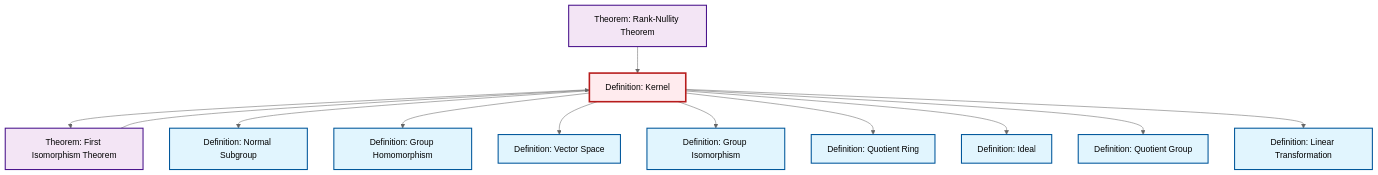
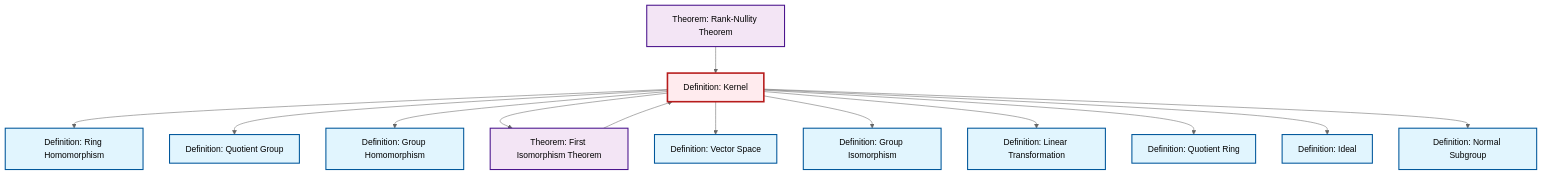
The diagram in content/en/algebra/def-kernel.qmd (RK0429/ModernMath), drawn with Mermaid (neutral theme) before and after one commit. The commit also changed other lines of this file and 619 other files, not shown here.

````diff
--- a/content/en/algebra/def-kernel.qmd
+++ b/content/en/algebra/def-kernel.qmd
@@ -81,42 +82,45 @@
 ```{mermaid}
 %%| fig-cap: "Local dependency graph"
 graph TD
     classDef definition fill:#e1f5fe,stroke:#01579b,stroke-width:2px
     classDef theorem fill:#f3e5f5,stroke:#4a148c,stroke-width:2px
     classDef axiom fill:#fff3e0,stroke:#e65100,stroke-width:2px
     classDef example fill:#e8f5e9,stroke:#1b5e20,stroke-width:2px
     classDef current fill:#ffebee,stroke:#b71c1c,stroke-width:3px
+    def-normal-subgroup["Definition: Normal Subgroup"]:::definition
+    def-kernel["Definition: Kernel"]:::definition
+    def-ring-homomorphism["Definition: Ring Homomorphism"]:::definition
+    def-linear-transformation["Definition: Linear Transformation"]:::definition
     def-ideal["Definition: Ideal"]:::definition
-    def-homomorphism["Definition: Group Homomorphism"]:::definition
+    thm-first-isomorphism["Theorem: First Isomorphism Theorem"]:::theorem
     thm-rank-nullity["Theorem: Rank-Nullity Theorem"]:::theorem
-    def-vector-space["Definition: Vector Space"]:::definition
+    def-quotient-group["Definition: Quotient Group"]:::definition
     def-isomorphism["Definition: Group Isomorphism"]:::definition
     def-quotient-ring["Definition: Quotient Ring"]:::definition
-    def-kernel["Definition: Kernel"]:::definition
-    def-normal-subgroup["Definition: Normal Subgroup"]:::definition
-    def-quotient-group["Definition: Quotient Group"]:::definition
-    thm-first-isomorphism["Theorem: First Isomorphism Theorem"]:::theorem
-    def-linear-transformation["Definition: Linear Transformation"]:::definition
+    def-homomorphism["Definition: Group Homomorphism"]:::definition
+    def-vector-space["Definition: Vector Space"]:::definition
+    def-kernel --> def-ring-homomorphism
+    def-kernel --> def-quotient-group
+    def-kernel --> def-homomorphism
     def-kernel --> thm-first-isomorphism
-    def-kernel --> def-normal-subgroup
-    def-kernel --> def-homomorphism
     def-kernel --> def-vector-space
     def-kernel --> def-isomorphism
+    def-kernel --> def-linear-transformation
     def-kernel --> def-quotient-ring
+    thm-first-isomorphism --> def-kernel
     def-kernel --> def-ideal
-    thm-first-isomorphism --> def-kernel
-    def-kernel --> def-quotient-group
-    def-kernel --> def-linear-transformation
     thm-rank-nullity --> def-kernel
+    def-kernel --> def-normal-subgroup
     class def-kernel current
+    click def-normal-subgroup "def-normal-subgroup.html" "Go to Normal Subgroup definition"
+    click def-ring-homomorphism "def-ring-homomorphism.html" "Go to Ring Homomorphism definition"
+    click def-linear-transformation "def-linear-transformation.html" "Go to Linear Transformation definition"
     click def-ideal "def-ideal.html" "Go to Ideal definition"
-    click def-homomorphism "def-homomorphism.html" "Go to Group Homomorphism definition"
+    click thm-first-isomorphism "thm-first-isomorphism.html" "Go to First Isomorphism Theorem theorem"
     click thm-rank-nullity "thm-rank-nullity.html" "Go to Rank-Nullity Theorem theorem"
-    click def-vector-space "def-vector-space.html" "Go to Vector Space definition"
+    click def-quotient-group "def-quotient-group.html" "Go to Quotient Group definition"
     click def-isomorphism "def-isomorphism.html" "Go to Group Isomorphism definition"
     click def-quotient-ring "def-quotient-ring.html" "Go to Quotient Ring definition"
-    click def-normal-subgroup "def-normal-subgroup.html" "Go to Normal Subgroup definition"
-    click def-quotient-group "def-quotient-group.html" "Go to Quotient Group definition"
-    click thm-first-isomorphism "thm-first-isomorphism.html" "Go to First Isomorphism Theorem theorem"
-    click def-linear-transformation "def-linear-transformation.html" "Go to Linear Transformation definition"
+    click def-homomorphism "def-homomorphism.html" "Go to Group Homomorphism definition"
+    click def-vector-space "def-vector-space.html" "Go to Vector Space definition"
 ```
````
